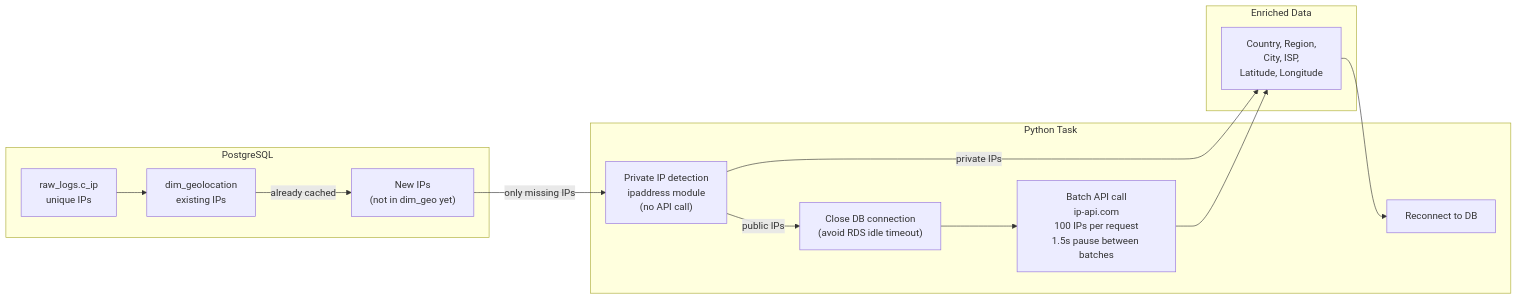
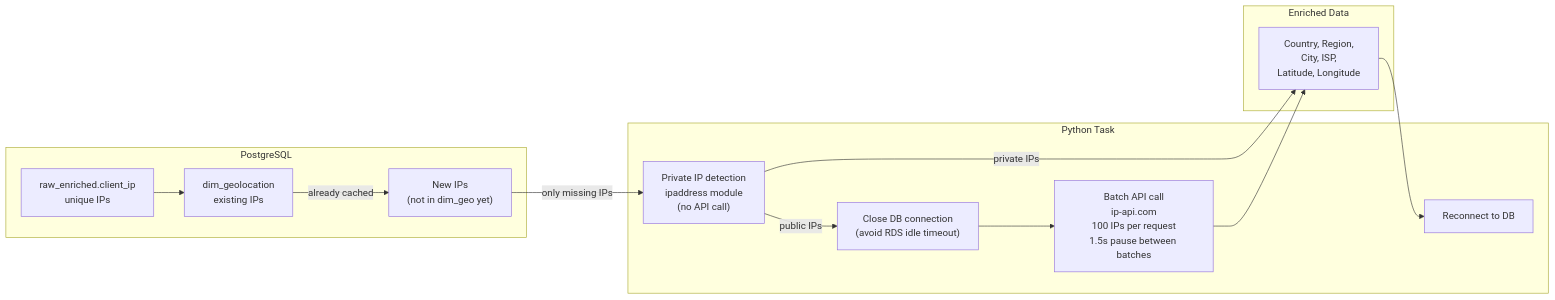
One commit to AhmedIkram05/w3c-etl-pipeline changed the seventh of 13 diagrams in README.md. Above: the diagram before and after it, drawn with Mermaid. The commit also changed other lines of this file, not shown here.

````diff
--- a/README.md
+++ b/README.md
@@ -314,28 +556,28 @@
 ```mermaid
 flowchart LR
     subgraph db["PostgreSQL"]
-        raw["raw_logs.c_ip<br/>unique IPs"]
+        raw["raw_enriched.client_ip<br/>unique IPs"]
         geo_dim["dim_geolocation<br/>existing IPs"]
         to_query["New IPs<br/>(not in dim_geo yet)"]
     end
-    
+
     subgraph python["Python Task"]
         close["Close DB connection<br/>(avoid RDS idle timeout)"]
         batch["Batch API call<br/>ip-api.com<br/>100 IPs per request<br/>1.5s pause between batches"]
         detect["Private IP detection<br/>ipaddress module<br/>(no API call)"]
         reconnect["Reconnect to DB"]
     end
-    
+
     subgraph enrich["Enriched Data"]
         result["Country, Region,<br/>City, ISP,<br/>Latitude, Longitude"]
     end
 
     raw --> geo_dim
     geo_dim -->|already cached| to_query
     to_query -->|only missing IPs| detect
     detect -->|private IPs| result
     detect -->|public IPs| close
     close --> batch
     batch --> result
     result --> reconnect
 ```
````
